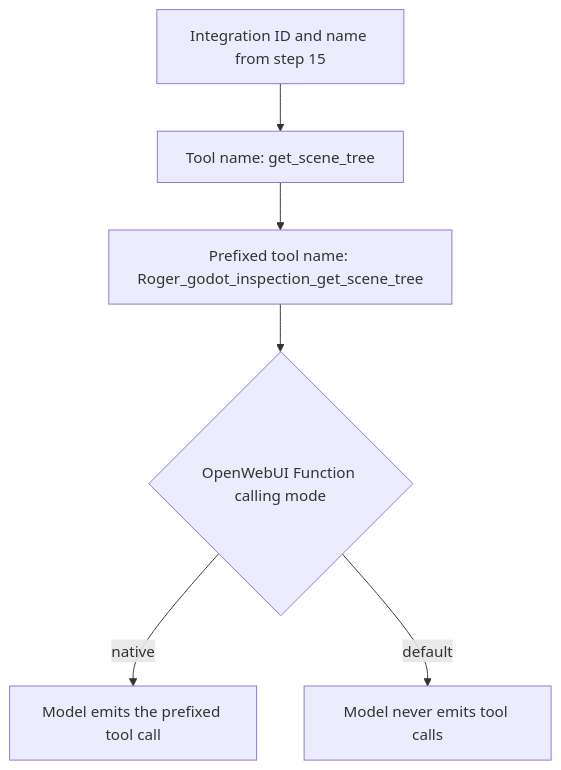
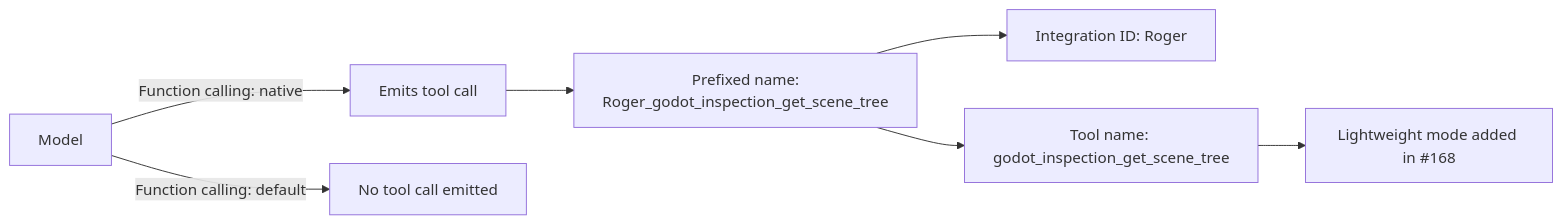
The diagram in wiki/topics/tool-name-prefixing.md (hybridindie/wiki-fabric), drawn with Mermaid before and after one commit. The commit also changed other lines of this file and 43 other files, not shown here.

````diff
--- a/wiki/topics/tool-name-prefixing.md
+++ b/wiki/topics/tool-name-prefixing.md
@@ -26,8 +26,9 @@
 ```mermaid
-flowchart TD
-    A["Integration ID and name from step 15"] --> B["Tool name: get_scene_tree"]
-    B --> C["Prefixed tool name: Roger_godot_inspection_get_scene_tree"]
-    C --> D{"OpenWebUI Function calling mode"}
-    D -->|native| E["Model emits the prefixed tool call"]
-    D -->|default| F["Model never emits tool calls"]
+flowchart LR
+    A[Model] -->|Function calling: native| B[Emits tool call]
+    A -->|Function calling: default| C[No tool call emitted]
+    B --> D["Prefixed name:<br/>Roger_godot_inspection_get_scene_tree"]
+    D --> E[Integration ID: Roger]
+    D --> F[Tool name: godot_inspection_get_scene_tree]
+    F --> G[Lightweight mode added in #168]
 ```
````
